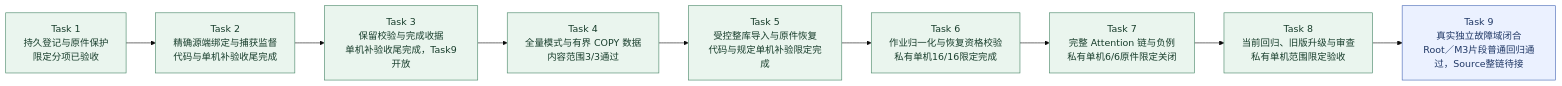
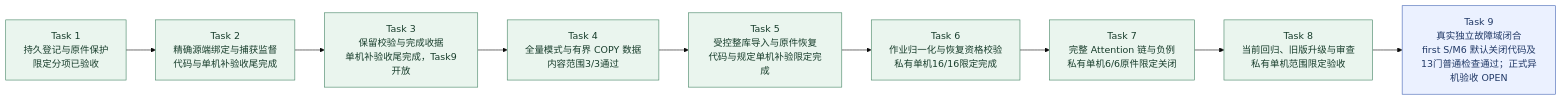
The second of 9 diagrams in docs/KnowWeave实施路线与系统架构.md (MansurnamedZhang/learning-system-p0c4), drawn with Mermaid (base theme) before and after one commit. The commit also changed other lines of this file and 28 other files, not shown here.

First line of the commit message:
feat(task9): wire default-off first Source session and M6

````diff
--- a/docs/KnowWeave实施路线与系统架构.md
+++ b/docs/KnowWeave实施路线与系统架构.md
@@ -81,25 +80,25 @@
 ```mermaid
 flowchart LR
     C4T1["Task 1<br/>持久登记与原件保护<br/>限定分项已验收"]
     C4T2["Task 2<br/>精确源端绑定与捕获监督<br/>代码与单机补验收尾完成"]
     C4T3["Task 3<br/>保留校验与完成收据<br/>单机补验收尾完成，Task9开放"]
     C4T4["Task 4<br/>全量模式与有界 COPY 数据<br/>内容范围3/3通过"]
     C4T5["Task 5<br/>受控整库导入与原件恢复<br/>代码与规定单机补验限定完成"]
     C4T6["Task 6<br/>作业归一化与恢复资格校验<br/>私有单机16/16限定完成"]
     C4T7["Task 7<br/>完整 Attention 链与负例<br/>私有单机6/6原件限定关闭"]
     C4T8["Task 8<br/>当前回归、旧版升级与审查<br/>私有单机范围限定验收"]
-    C4T9["Task 9<br/>真实独立故障域闭合<br/>Root／M3片段普通回归通过，Source整链待接"]
+    C4T9["Task 9<br/>真实独立故障域闭合<br/>first S/M6 默认关闭代码及13门普通检查通过；正式异机验收 OPEN"]
     C4T1 --> C4T2
     C4T2 --> C4T3
     C4T3 --> C4T4
     C4T4 --> C4T5
     C4T5 --> C4T6
     C4T6 --> C4T7
     C4T7 --> C4T8
     C4T8 --> C4T9
     class C4T1,C4T2,C4T3,C4T4,C4T5,C4T6,C4T7,C4T8 done
     class C4T9 next
     classDef done fill:#eaf5ee,stroke:#438363,color:#173d2b
     classDef next fill:#ebf1ff,stroke:#4365b4,color:#203866
     classDef planned fill:#f2f4f8,stroke:#8591a3,color:#28354b
 ```
````
